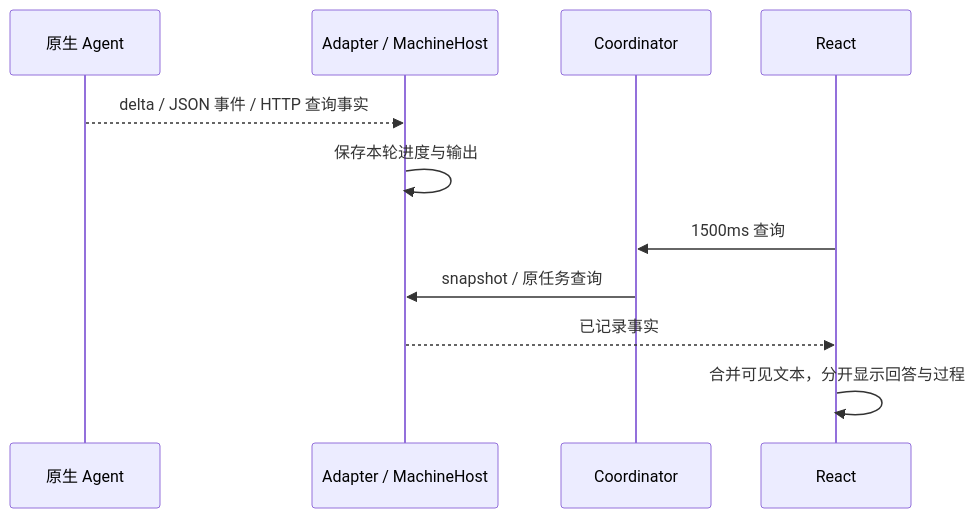
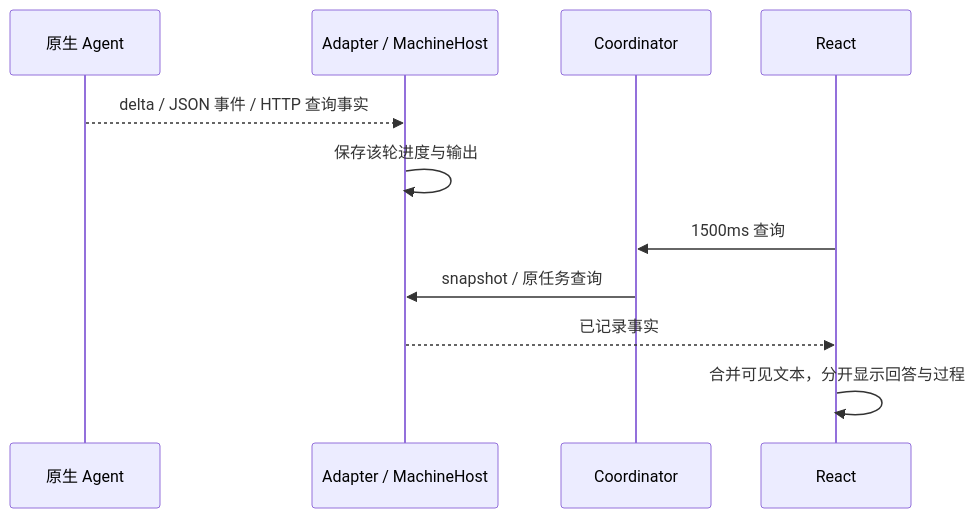
Before and after one commit to wsjq5477/MA-Relay: the diagram in doc/modules/01-desktop/design.md, drawn with Mermaid. The commit also changed other lines of this file and 168 other files, not shown here.

````diff
--- a/doc/modules/01-desktop/design.md
+++ b/doc/modules/01-desktop/design.md
@@ -153,13 +166,13 @@
 ```mermaid
 sequenceDiagram
   participant A as 原生 Agent
   participant H as Adapter / MachineHost
   participant C as Coordinator
   participant UI as React
   A-->>H: delta / JSON 事件 / HTTP 查询事实
-  H->>H: 保存本轮进度与输出
+  H->>H: 保存该轮进度与输出
   UI->>C: 1500ms 查询
   C->>H: snapshot / 原任务查询
   H-->>UI: 已记录事实
   UI->>UI: 合并可见文本，分开显示回答与过程
 ```
````
